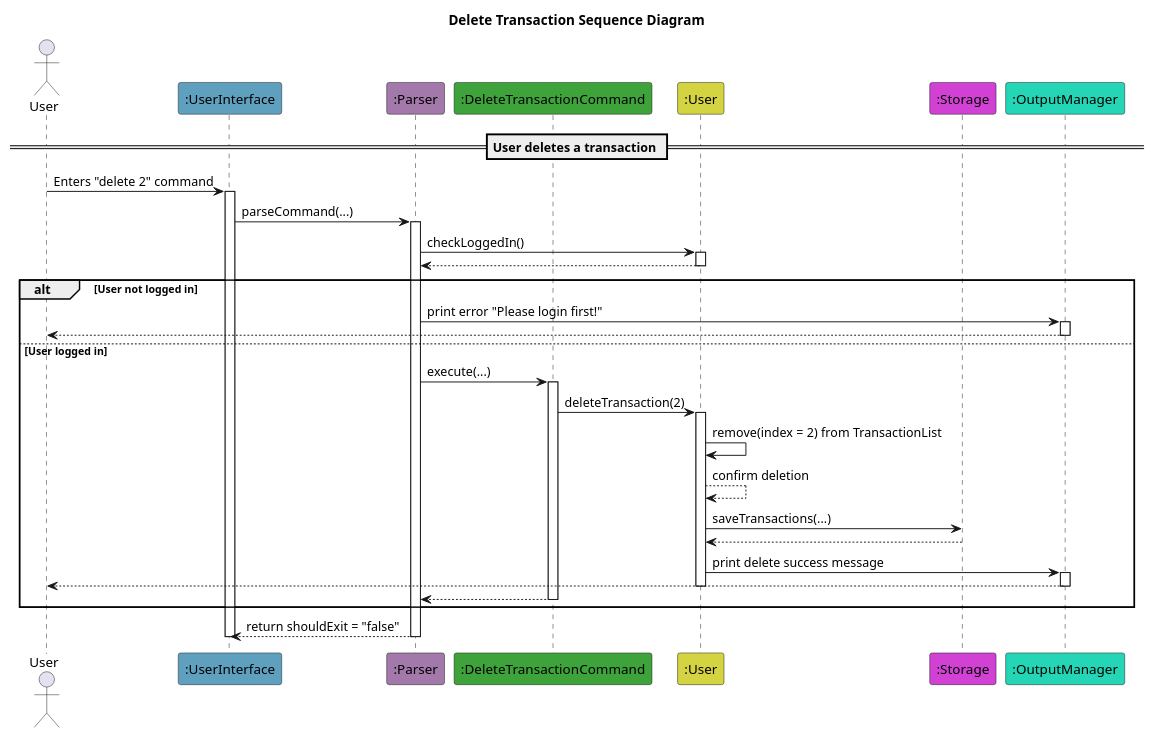
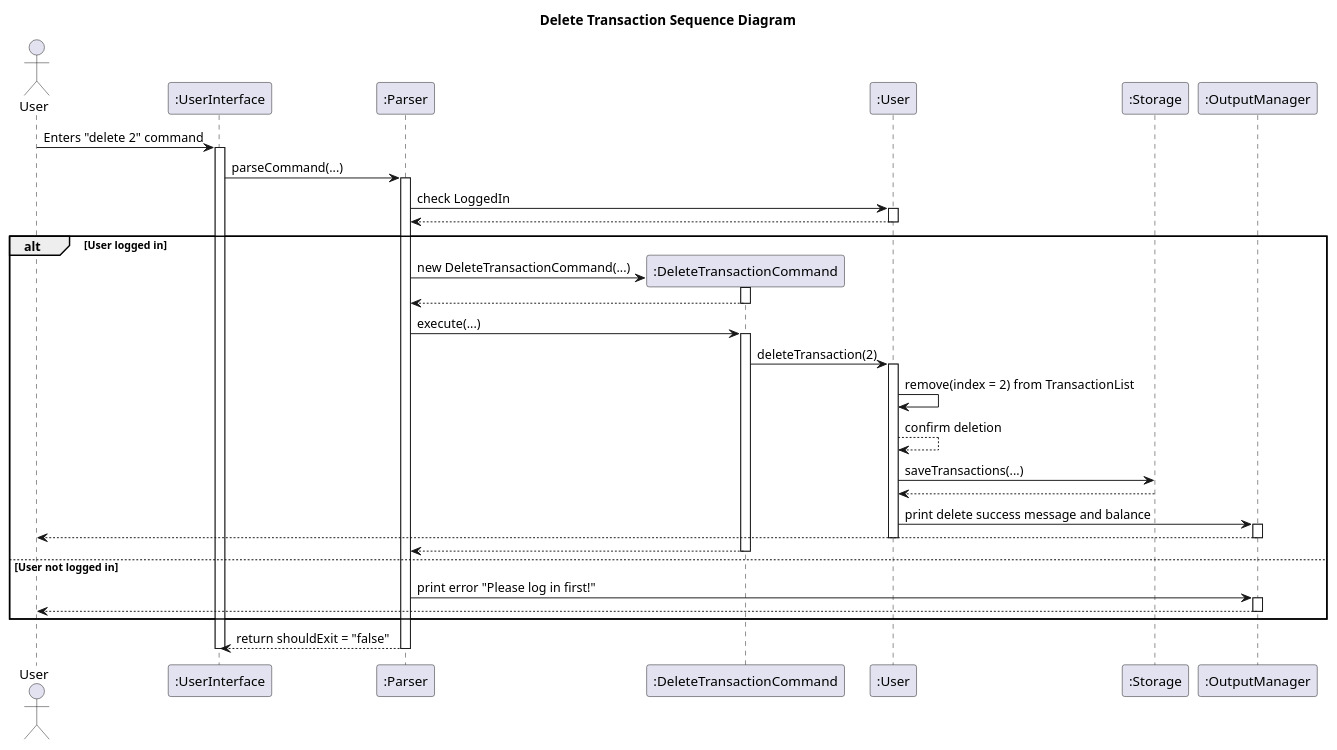
The diagram in docs/team/CommandFeature/deleteCommand/deleteCommand.puml (AY2526S1-CS2113-W10-2/tp), drawn with PlantUML before and after one commit. The commit also changed 1 other file, not shown here.

Commit message:
Improve deleteTransactionCommand Sequence Diagram

```diff
--- a/docs/team/CommandFeature/deleteCommand/deleteCommand.puml
+++ b/docs/team/CommandFeature/deleteCommand/deleteCommand.puml
@@ -1,62 +1,69 @@
 @startuml
 'https://plantuml.com/sequence-diagram
 
 actor User as U
 
-participant ":UserInterface" as UserInterface #60A0BF
-participant ":Parser" as Parser #A378AA
-participant ":DeleteTransactionCommand" as DeleteTransactionCommand #3EA33B
-participant ":User" as User #D4D442
-participant ":Storage" as Storage #D142D4
-participant ":OutputManager" as OutputManager #24D6B6
+participant ":UserInterface" as UserInterface
+participant ":Parser" as Parser
+participant ":DeleteTransactionCommand" as DeleteTransactionCommand
+participant ":User" as User
+participant ":Storage" as Storage
+participant ":OutputManager" as OutputManager
+
 
 title Delete Transaction Sequence Diagram
 
-== User deletes a transaction ==
 
 U -> UserInterface : Enters "delete 2" command
 activate UserInterface
 
 UserInterface -> Parser : parseCommand(...)
 activate Parser
 
-Parser -> User : checkLoggedIn()
+Parser -> User : check LoggedIn
 activate User
 
 User --> Parser
 deactivate User
-alt User not logged in
 
-Parser -> OutputManager : print error "Please login first!"
-activate OutputManager
+alt User logged in
+    create DeleteTransactionCommand
+    Parser -> DeleteTransactionCommand: new DeleteTransactionCommand(...)
+    activate DeleteTransactionCommand
 
-OutputManager --> U
-deactivate OutputManager
-else User logged in
-Parser -> DeleteTransactionCommand : execute(...)
-activate DeleteTransactionCommand
+    DeleteTransactionCommand --> Parser
+    deactivate DeleteTransactionCommand
+    Parser -> DeleteTransactionCommand : execute(...)
+    activate DeleteTransactionCommand
 
-DeleteTransactionCommand -> User : deleteTransaction(2)
-activate User
+    DeleteTransactionCommand -> User : deleteTransaction(2)
+    activate User
 
-User -> User : remove(index = 2) from TransactionList
-User --> User : confirm deletion
+    User -> User : remove(index = 2) from TransactionList
+    User --> User : confirm deletion
 
-User -> Storage : saveTransactions(...)
-Storage --> User
+    User -> Storage : saveTransactions(...)
+    Storage --> User
 
-User -> OutputManager : print delete success message
-activate OutputManager
+    User -> OutputManager : print delete success message and balance
+    activate OutputManager
 
-OutputManager --> U
-deactivate OutputManager
-deactivate User
-DeleteTransactionCommand --> Parser
-deactivate DeleteTransactionCommand
+    OutputManager --> U
+    deactivate OutputManager
+    deactivate User
+    DeleteTransactionCommand --> Parser
+    deactivate DeleteTransactionCommand
+
+else User not logged in
+
+    Parser -> OutputManager : print error "Please log in first!"
+    activate OutputManager
+    OutputManager --> U
+    deactivate OutputManager
 end
 
 Parser --> UserInterface : return shouldExit = "false"
 deactivate Parser
 deactivate UserInterface
 
 @enduml
```
